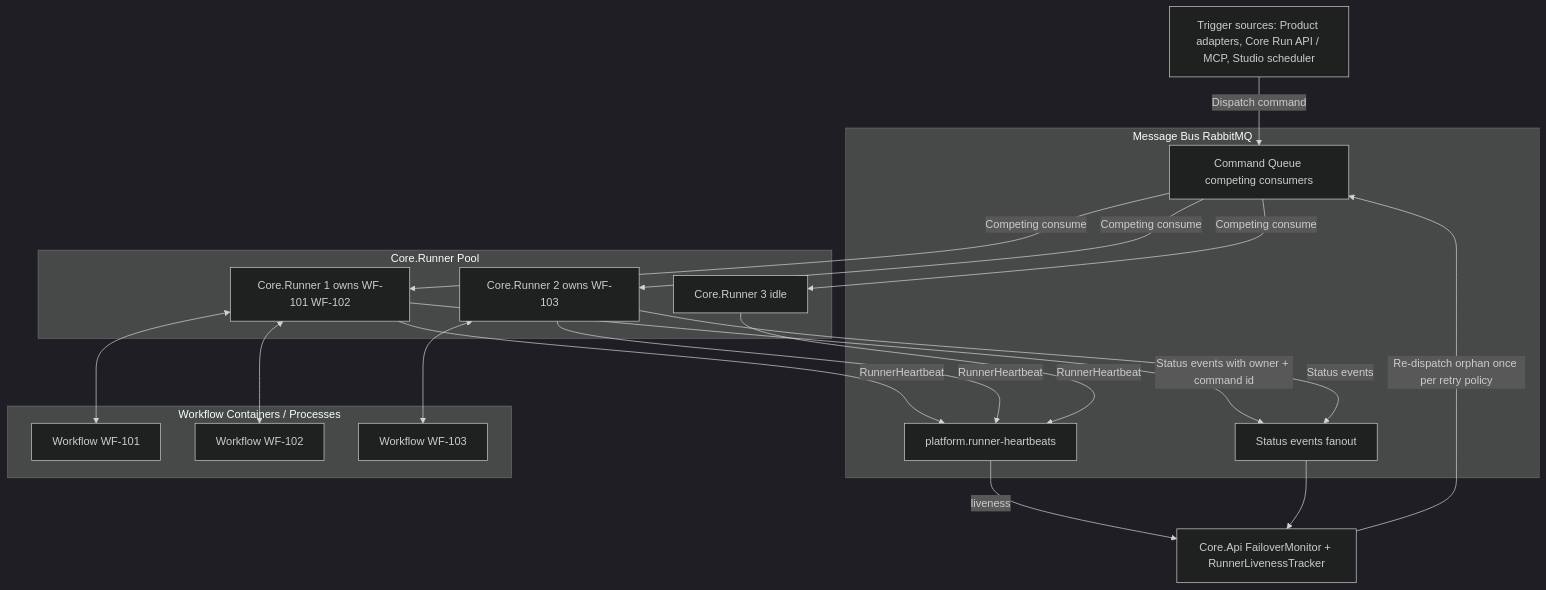
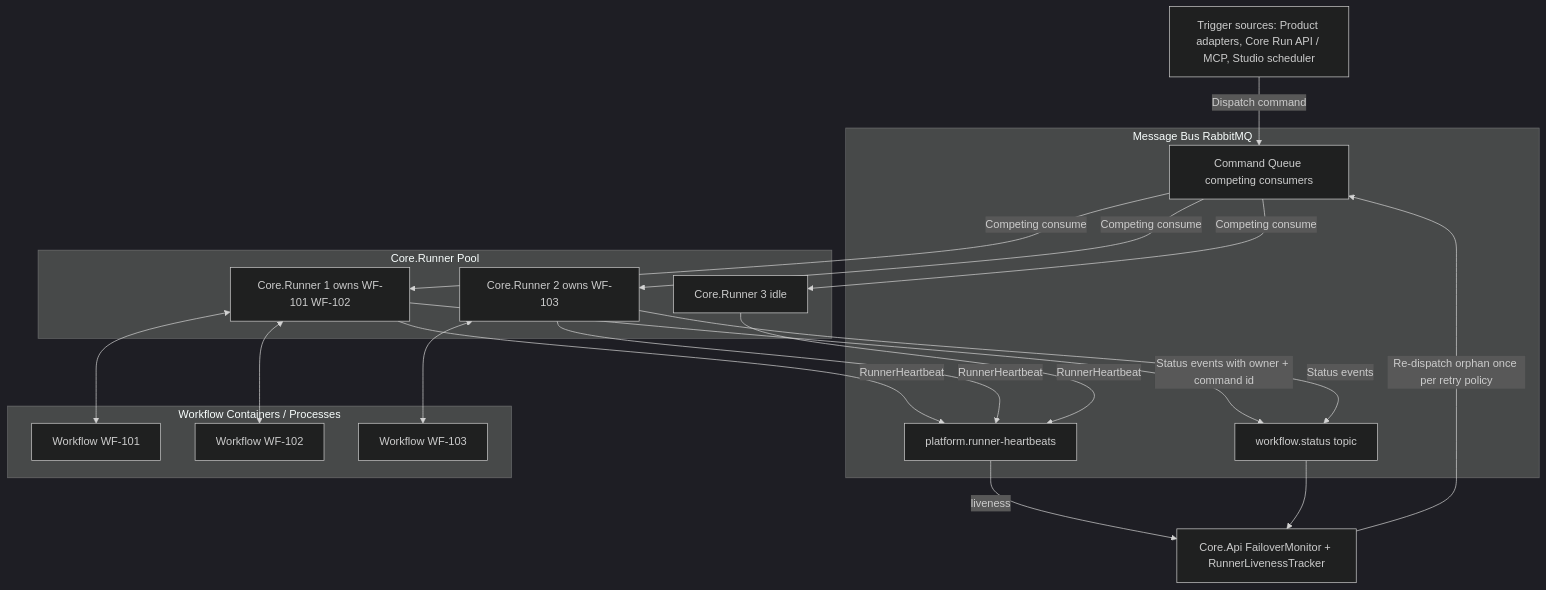
The tenth of 13 diagrams in docs/ARCHITECTURE.md (FelixKlakow/Auxilia), drawn with Mermaid (dark theme) before and after one commit. The commit also changed other lines of this file and 33 other files, not shown here.

````diff
--- a/docs/ARCHITECTURE.md
+++ b/docs/ARCHITECTURE.md
@@ -764,35 +766,35 @@
 ```mermaid
 graph TB
     subgraph MessageBus[Message Bus RabbitMQ]
         CMD[Command Queue competing consumers]
         HB[platform.runner-heartbeats]
-        EVT[Status events fanout]
+        EVT[workflow.status topic]
     end
     subgraph RunnerPool[Core.Runner Pool]
         SI1[Core.Runner 1 owns WF-101 WF-102]
         SI2[Core.Runner 2 owns WF-103]
         SI3[Core.Runner 3 idle]
     end
     subgraph Workflows[Workflow Containers / Processes]
         WF101[Workflow WF-101]
         WF102[Workflow WF-102]
         WF103[Workflow WF-103]
     end
     MON[Core.Api FailoverMonitor + RunnerLivenessTracker]
     TRIG[Trigger sources: Product adapters, Core Run API / MCP, Studio scheduler]
     TRIG -->|Dispatch command| CMD
     CMD -->|Competing consume| SI1
     CMD -->|Competing consume| SI2
     CMD -->|Competing consume| SI3
     SI1 <--> WF101
     SI1 <--> WF102
     SI2 <--> WF103
     SI1 -->|RunnerHeartbeat| HB
     SI2 -->|RunnerHeartbeat| HB
     SI3 -->|RunnerHeartbeat| HB
     HB -->|liveness| MON
     SI1 -->|Status events with owner + command id| EVT
     SI2 -->|Status events| EVT
     EVT --> MON
     MON -->|Re-dispatch orphan once per retry policy| CMD
 ```
````
